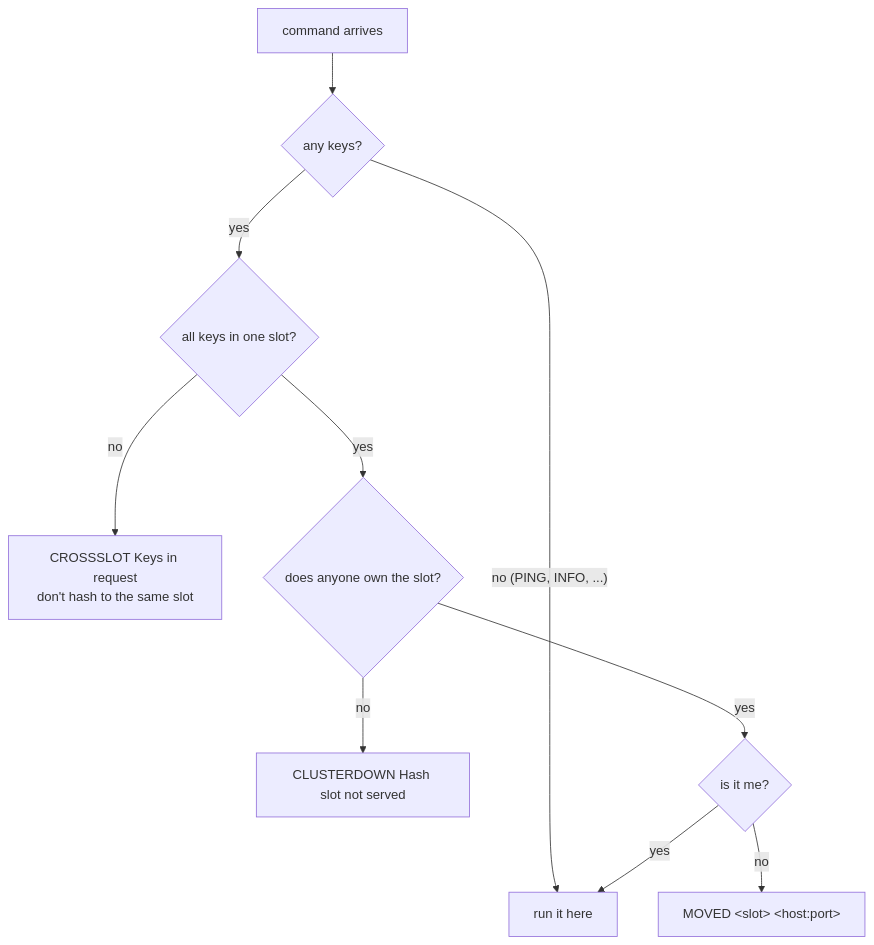
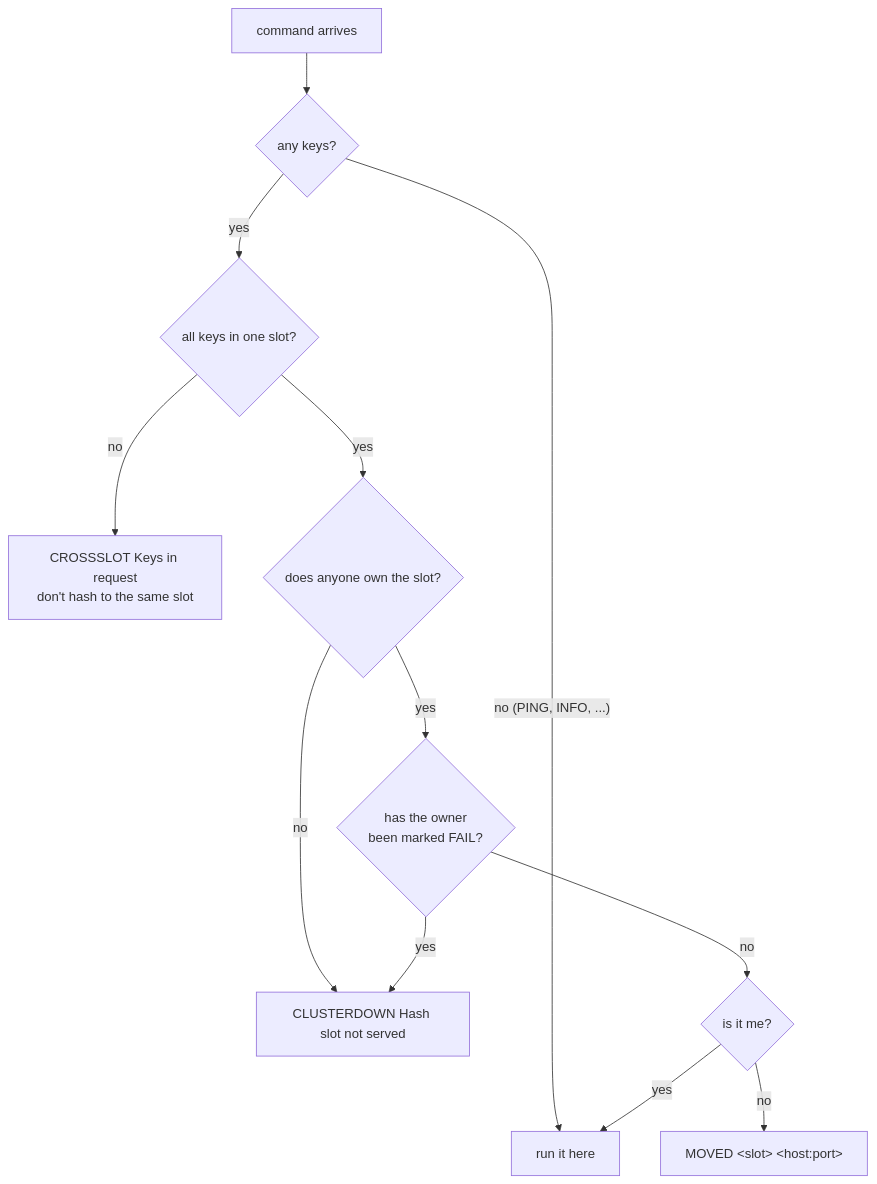
The second of 2 diagrams in docs/cluster.md (vinayhpandya/rediska), drawn with Mermaid before and after one commit. The commit also changed other lines of this file and 6 other files, not shown here.

````diff
--- a/docs/cluster.md
+++ b/docs/cluster.md
@@ -107,12 +115,14 @@
 ```mermaid
 flowchart TD
     A[command arrives] --> B{any keys?}
     B -- "no (PING, INFO, ...)" --> RUN[run it here]
     B -- yes --> C{all keys in one slot?}
     C -- no --> X1["CROSSSLOT Keys in request<br/>don't hash to the same slot"]
     C -- yes --> D{does anyone own the slot?}
     D -- no --> X2["CLUSTERDOWN Hash slot not served"]
-    D -- yes --> E{is it me?}
+    D -- yes --> F{has the owner<br/>been marked FAIL?}
+    F -- yes --> X2
+    F -- no --> E{is it me?}
     E -- no --> X3["MOVED &lt;slot&gt; &lt;host:port&gt;"]
     E -- yes --> RUN
 ```
````
